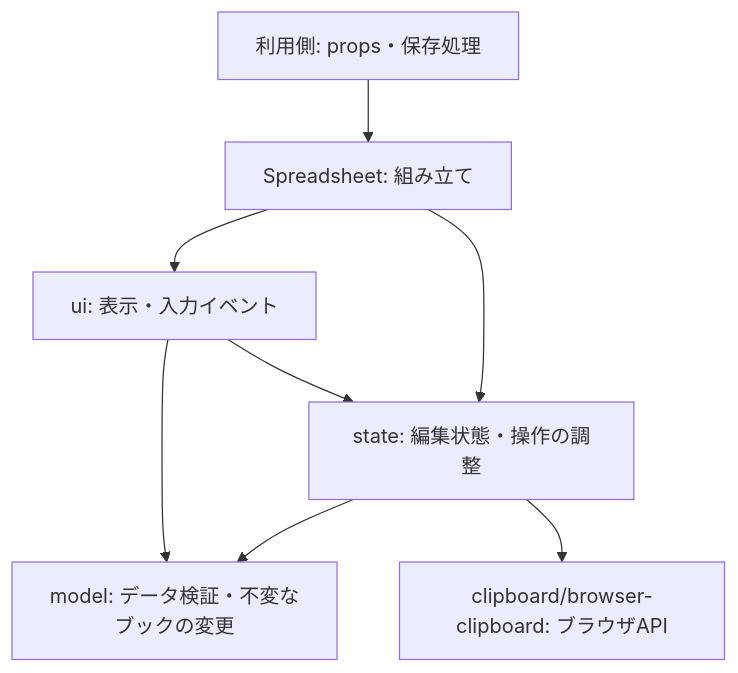
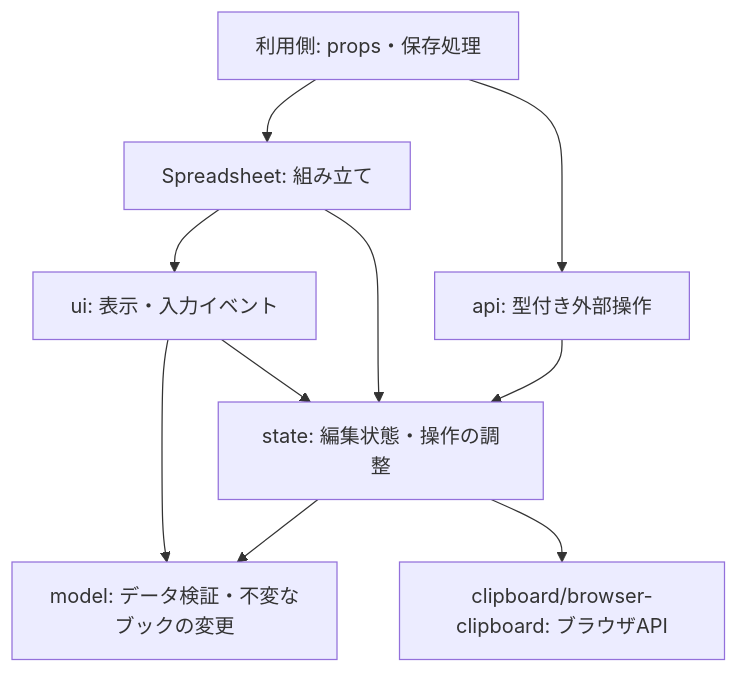
The diagram in packages/spreadsheet/src/docs/architecture.md (sunu-py-jp/LikeX), drawn with Mermaid before and after one commit. The commit also changed other lines of this file and 38 other files, not shown here.

````diff
--- a/packages/spreadsheet/src/docs/architecture.md
+++ b/packages/spreadsheet/src/docs/architecture.md
@@ -9,10 +9,12 @@
 ```mermaid
 flowchart TD
   Host[利用側: props・保存処理] --> Component[Spreadsheet: 組み立て]
+  Host --> Handle[api: 型付き外部操作]
+  Handle --> State
   Component --> UI[ui: 表示・入力イベント]
   Component --> State[state: 編集状態・操作の調整]
   UI --> State
   State --> Model[model: データ検証・不変なブックの変更]
   UI --> Model
   State --> Clipboard[clipboard/browser-clipboard: ブラウザAPI]
 ```
````
